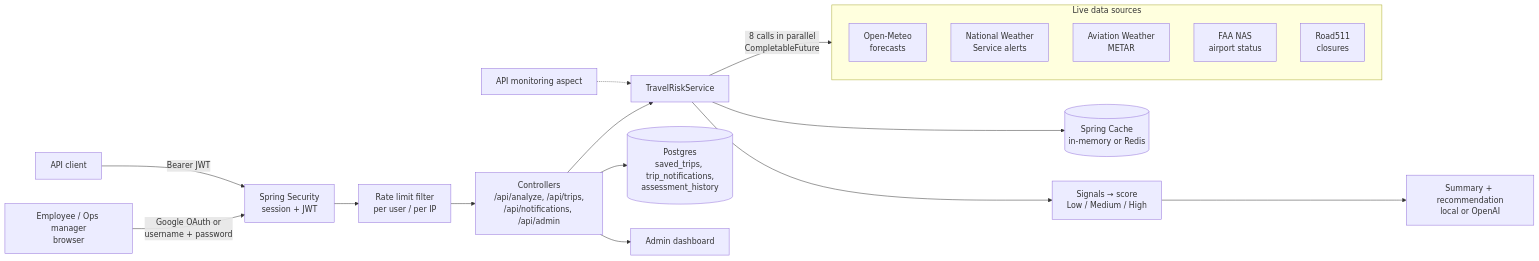
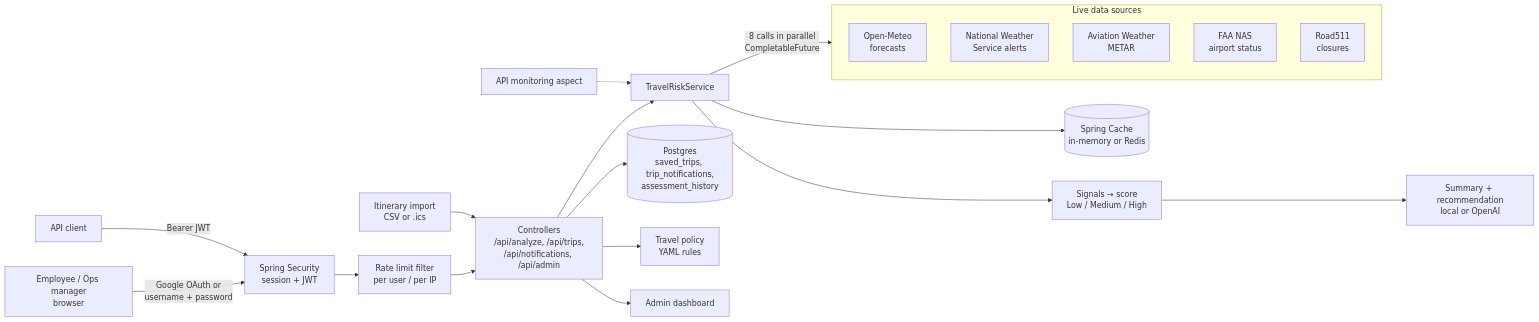
Before and after one commit to jordanamao/travel-risk-platform: the diagram in README.md, drawn with Mermaid. The commit also changed other lines of this file and 1 other file, not shown here.

First line of the commit message:
Add itinerary import and travel policy to the case study and demo script

````diff
--- a/README.md
+++ b/README.md
@@ -41,22 +43,24 @@
 ```mermaid
 flowchart LR
     U[Employee / Ops manager<br/>browser] -->|Google OAuth or<br/>username + password| SEC[Spring Security<br/>session + JWT]
     API[API client] -->|Bearer JWT| SEC
     SEC --> RL[Rate limit filter<br/>per user / per IP]
     RL --> C[Controllers<br/>/api/analyze, /api/trips,<br/>/api/notifications, /api/admin]
     C --> TRS[TravelRiskService]
     TRS --> CACHE[(Spring Cache<br/>in-memory or Redis)]
     TRS -->|8 calls in parallel<br/>CompletableFuture| EXT
     subgraph EXT[Live data sources]
         OM[Open-Meteo<br/>forecasts]
         NWS[National Weather<br/>Service alerts]
         AWC[Aviation Weather<br/>METAR]
         FAA[FAA NAS<br/>airport status]
         R511[Road511<br/>closures]
     end
     TRS --> SCORE[Signals → score<br/>Low / Medium / High]
     SCORE --> SUM[Summary + recommendation<br/>local or OpenAI]
     C --> DB[(Postgres<br/>saved_trips, trip_notifications,<br/>assessment_history)]
     MON[API monitoring aspect] -.-> TRS
+    IMP[Itinerary import<br/>CSV or .ics] --> C
+    C --> POL[Travel policy<br/>YAML rules]
     C --> ADMIN[Admin dashboard]
 ```
````
